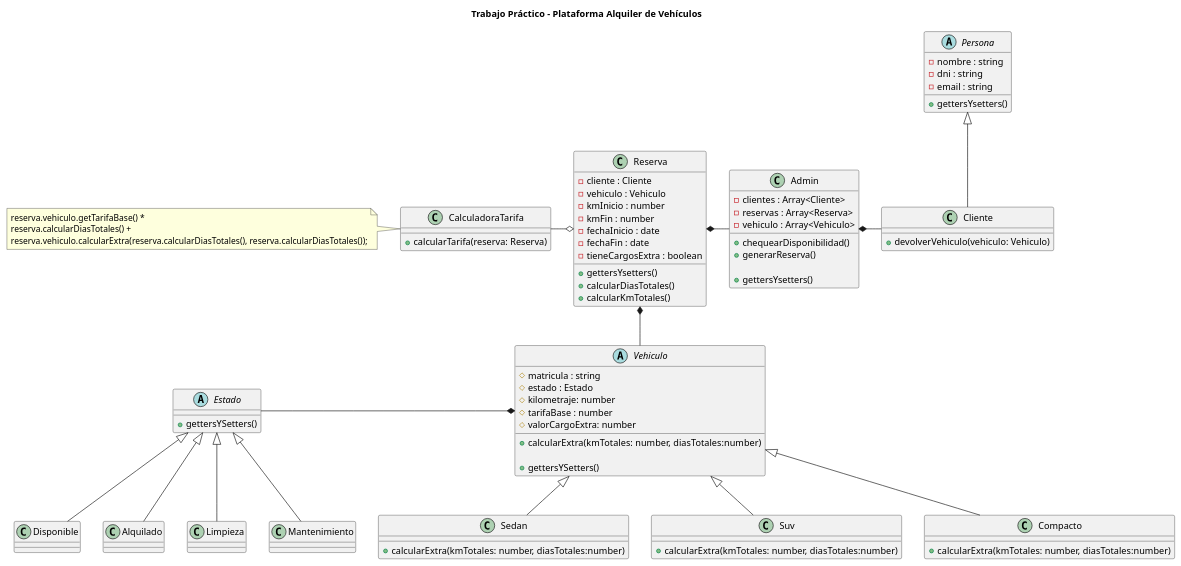
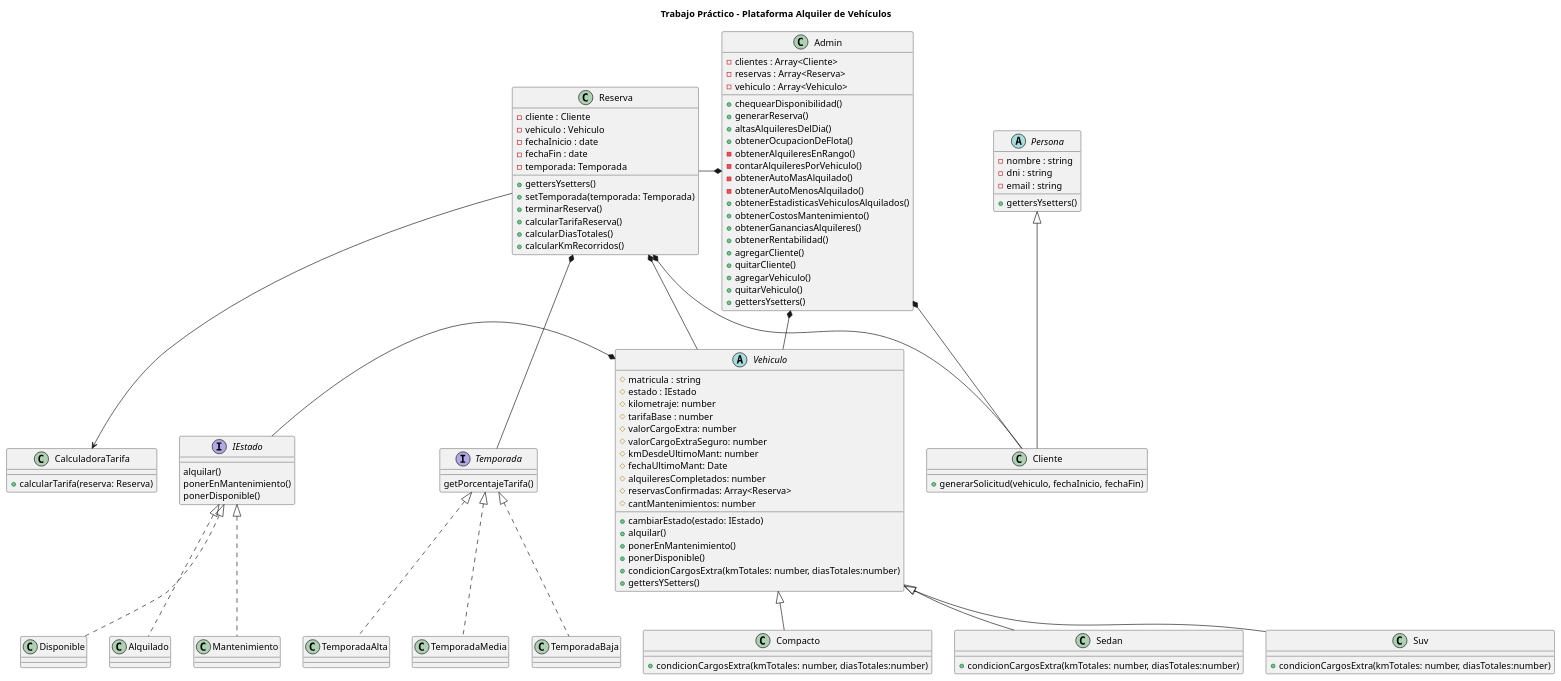
Before and after one commit to sopiombetti/DriveHub-Grupo3: the diagram in diagramas/clases/clases.puml, drawn with PlantUML.

Commit message:
actualizando diagrama de clases

```diff
--- a/diagramas/clases/clases.puml
+++ b/diagramas/clases/clases.puml
@@ -1,114 +1,136 @@
 @startuml diagrama
 
 title Trabajo Práctico - Plataforma Alquiler de Vehículos
 
 abstract class Vehiculo{
     # matricula : string
-    # estado : Estado 
+    # estado : IEstado 
     # kilometraje: number 
     # tarifaBase : number
     # valorCargoExtra: number
-    + calcularExtra(kmTotales: number, diasTotales:number)
-    
+    # valorCargoExtraSeguro: number
+    # kmDesdeUltimoMant: number
+    # fechaUltimoMant: Date
+    # alquileresCompletados: number
+    # reservasConfirmadas: Array<Reserva>
+    # cantMantenimientos: number
+
+    + cambiarEstado(estado: IEstado)
+    + alquilar()
+    + ponerEnMantenimiento()
+    + ponerDisponible()
+    + condicionCargosExtra(kmTotales: number, diasTotales:number)
     + gettersYSetters()
 }
 
 class Compacto extends Vehiculo{
-    + calcularExtra(kmTotales: number, diasTotales:number)
-
+    + condicionCargosExtra(kmTotales: number, diasTotales:number)
 }
 
 class Sedan extends Vehiculo{
-    + calcularExtra(kmTotales: number, diasTotales:number)
+    + condicionCargosExtra(kmTotales: number, diasTotales:number)
 }
 class Suv extends Vehiculo{
-    + calcularExtra(kmTotales: number, diasTotales:number)
+    + condicionCargosExtra(kmTotales: number, diasTotales:number)
 }
 
-abstract class Estado{
-    + gettersYSetters()
+interface IEstado{
+    alquilar()
+    ponerEnMantenimiento()
+    ponerDisponible()
 }
 
-class Disponible extends Estado{
-
+class Disponible implements IEstado{
 }
 
-class Alquilado extends Estado{
-
+class Alquilado implements IEstado{
 }
 
-class Limpieza extends Estado{
-
-}
-
-class Mantenimiento extends Estado{
-
+class Mantenimiento implements IEstado{
 }
 
 abstract class Persona{
     - nombre : string
     - dni : string 
     - email : string
 
     +gettersYsetters()
 }
 
 class Cliente extends Persona{
+    + generarSolicitud(vehiculo, fechaInicio, fechaFin)
+}
+
+interface Temporada {
+    getPorcentajeTarifa()
+}
+
+class TemporadaAlta implements Temporada{
+
+}
+
+class TemporadaMedia implements Temporada{
     
-    '+ solicitarReserva(vehiculo: Vehiculo)
-    ' Respecto a este método, queda en pausa. Revisar despues.
-    ' solicitud cliente -> evaluacion del admin -> generar reserva 
+}
 
-    + devolverVehiculo(vehiculo: Vehiculo)
+class TemporadaBaja implements Temporada{
     
 }
 
 class Reserva{
     
-    -cliente : Cliente 
-    -vehiculo : Vehiculo
-    -kmInicio : number
-    -kmFin : number 
-    -fechaInicio : date
-    -fechaFin : date
-    -tieneCargosExtra : boolean
+    - cliente : Cliente 
+    - vehiculo : Vehiculo
+    - fechaInicio : date
+    - fechaFin : date
+    - temporada: Temporada
 
     + gettersYsetters()
+    + setTemporada(temporada: Temporada)
+    + terminarReserva()
+    + calcularTarifaReserva()
     + calcularDiasTotales()
-    + calcularKmTotales()
-
-
+    + calcularKmRecorridos()
 }
 
 class CalculadoraTarifa{
     + calcularTarifa(reserva: Reserva)
 }
 
-'Admin -> Permisos, CRUD 
-'AdminDriveHub -> Sistema de reservas
 
 class Admin {
     - clientes : Array<Cliente>
     - reservas : Array<Reserva>
     - vehiculo : Array<Vehiculo>
 
     + chequearDisponibilidad()
     + generarReserva()
-
+    + altasAlquileresDelDia()
+    + obtenerOcupacionDeFlota()
+    - obtenerAlquileresEnRango()
+    - contarAlquileresPorVehiculo()
+    - obtenerAutoMasAlquilado()
+    - obtenerAutoMenosAlquilado()
+    + obtenerEstadisticasVehiculosAlquilados()
+    + obtenerCostosMantenimiento()
+    + obtenerGananciasAlquileres()
+    + obtenerRentabilidad()
+    + agregarCliente()
+    + quitarCliente()
+    + agregarVehiculo()
+    + quitarVehiculo()
     + gettersYsetters()
 }
 
-Vehiculo*-l-Estado
+Vehiculo*-l-IEstado
 Admin*-r-Cliente
-Reserva*-r-Admin
+Admin*-l-Reserva
+Admin*--Vehiculo
 Reserva*--Vehiculo
-Reserva o-l-CalculadoraTarifa
+Reserva*--Cliente
+Reserva*--Temporada
+Reserva --> CalculadoraTarifa
 
-note left of CalculadoraTarifa
-    reserva.vehiculo.getTarifaBase() * 
-    reserva.calcularDiasTotales() + 
-    reserva.vehiculo.calcularExtra(reserva.calcularDiasTotales(), reserva.calcularDiasTotales());
-end note
 
 
 @enduml
```
